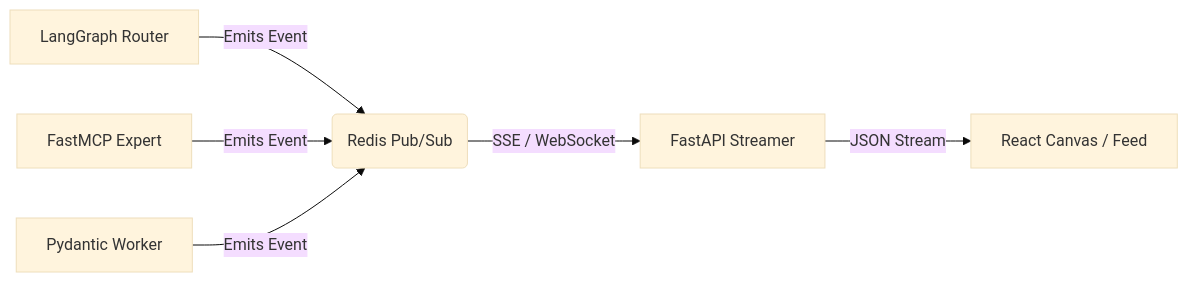
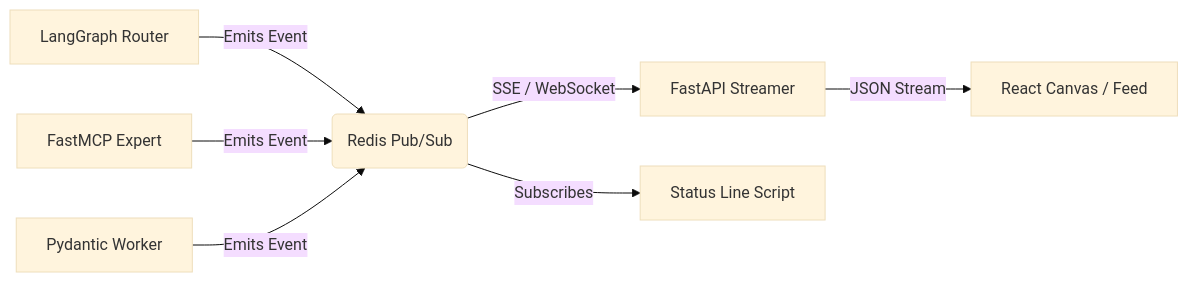
One commit to ahmetengin/ada.stargate changed the diagram in docs/architecture/OBSERVABILITY_HOOKS.md. Above: the diagram before and after it, drawn with Mermaid (base theme). The commit also changed other lines of this file and 7 other files, not shown here.

````diff
--- a/docs/architecture/OBSERVABILITY_HOOKS.md
+++ b/docs/architecture/OBSERVABILITY_HOOKS.md
@@ -20,9 +20,10 @@
 ```mermaid
 graph LR
     A[LangGraph Router] -- Emits Event --> B(Redis Pub/Sub)
     C[FastMCP Expert] -- Emits Event --> B
     D[Pydantic Worker] -- Emits Event --> B
     
     B -- SSE / WebSocket --> E[FastAPI Streamer]
     E -- JSON Stream --> F[React Canvas / Feed]
+    B -- Subscribes --> G[Status Line Script]
 ```
````
